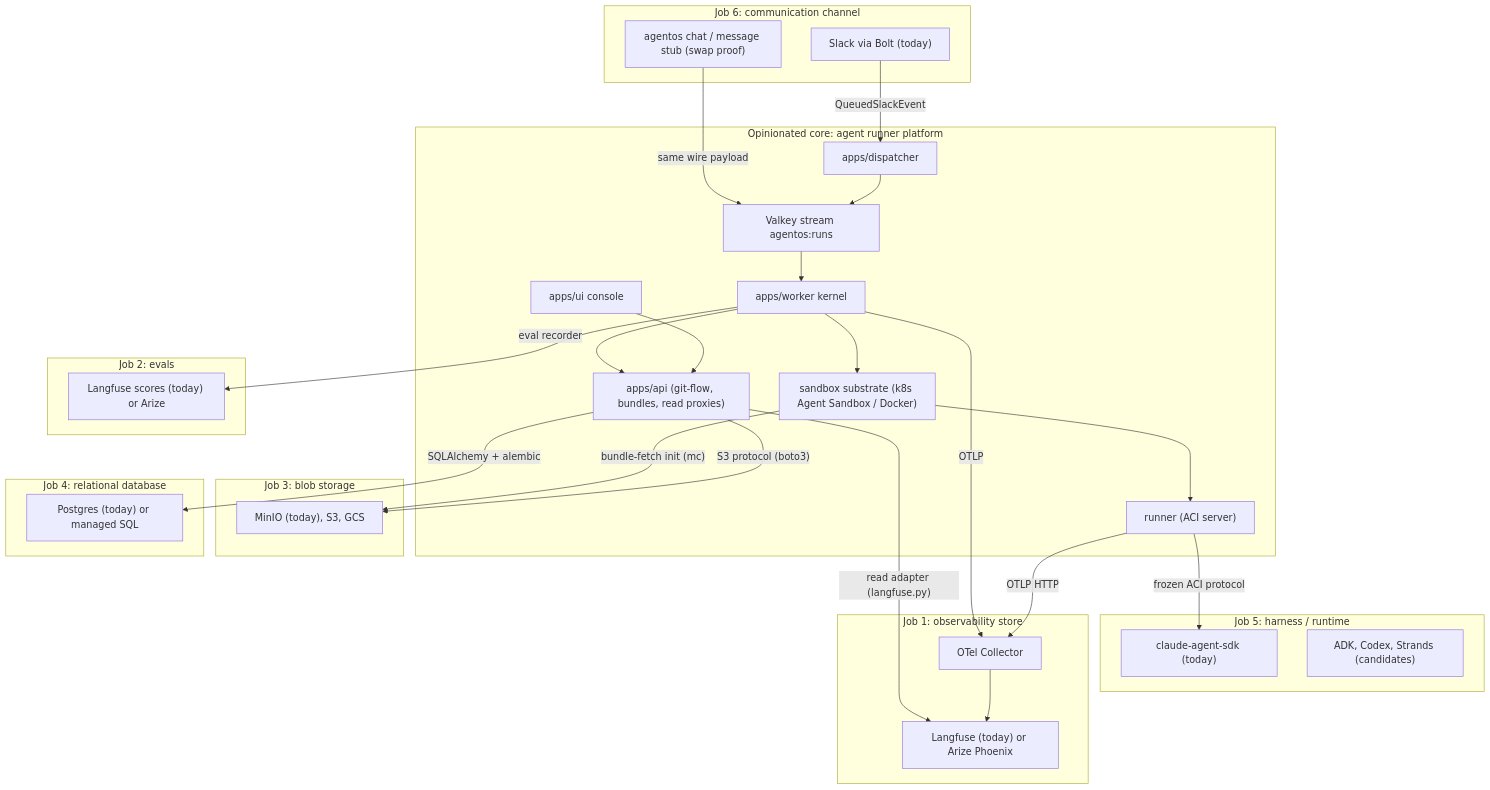
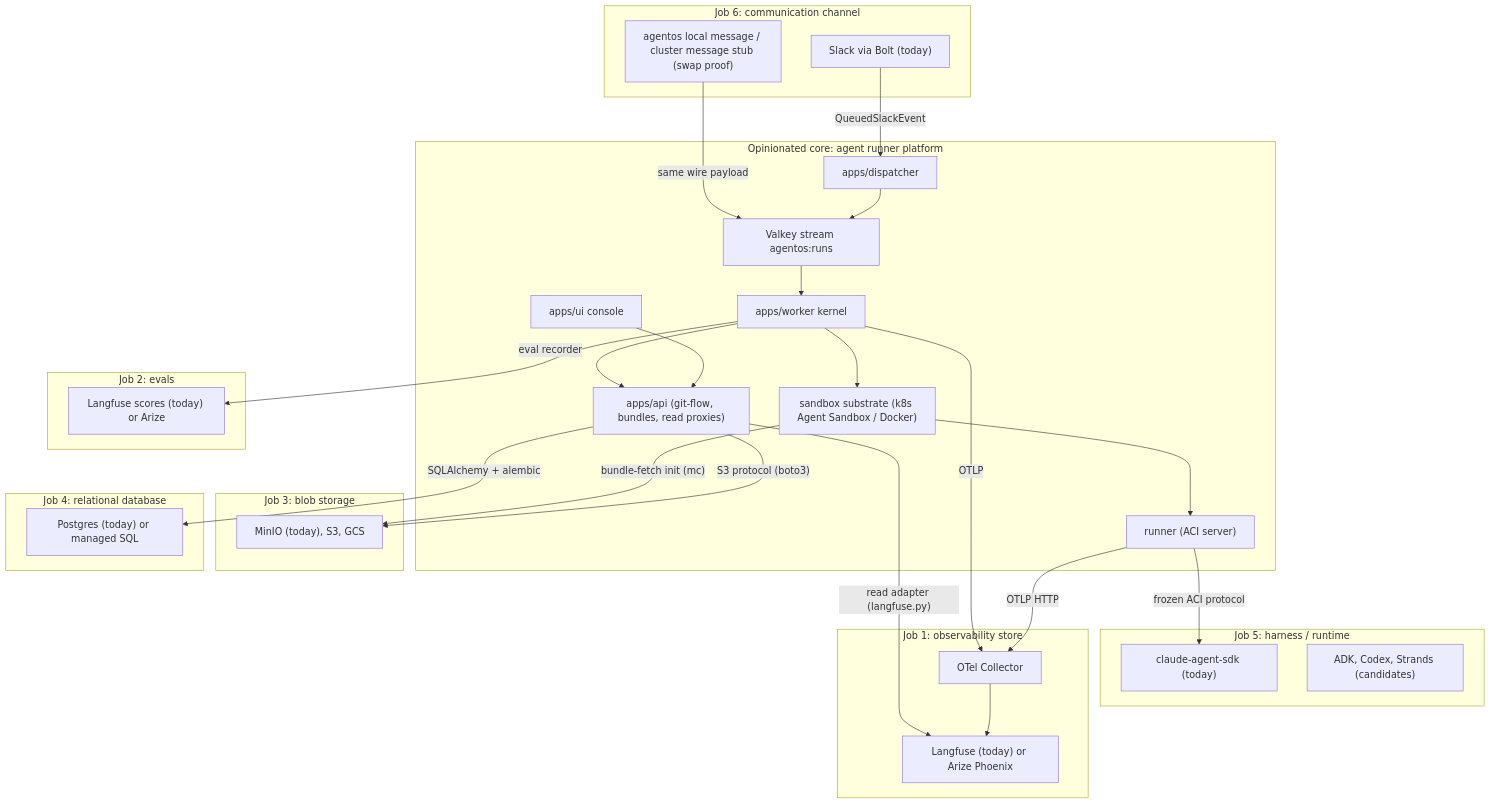
The diagram in docs/architecture-vision.md (coinleftt/curie), drawn with Mermaid before and after one commit. The commit also changed other lines of this file and 31 other files, not shown here.

First line of the commit message:
Unify CLI surface into skill/local/cluster target nouns

````diff
--- a/docs/architecture-vision.md
+++ b/docs/architecture-vision.md
@@ -209,54 +209,54 @@
 ```mermaid
 flowchart TB
     subgraph channel["Job 6: communication channel"]
         Slack["Slack via Bolt (today)"]
-        CLIStub["agentos chat / message stub (swap proof)"]
+        CLIStub["agentos local message / cluster message stub (swap proof)"]
     end
 
     subgraph core["Opinionated core: agent runner platform"]
         Dispatcher["apps/dispatcher"]
         Queue["Valkey stream agentos:runs"]
         Worker["apps/worker kernel"]
         Substrate["sandbox substrate (k8s Agent Sandbox / Docker)"]
         Runner["runner (ACI server)"]
         API["apps/api (git-flow, bundles, read proxies)"]
         UI["apps/ui console"]
         Dispatcher --> Queue --> Worker --> Substrate --> Runner
         UI --> API
         Worker --> API
     end
 
     subgraph harness["Job 5: harness / runtime"]
         SDK["claude-agent-sdk (today)"]
         HarnessAlt["ADK, Codex, Strands (candidates)"]
     end
 
     subgraph obs["Job 1: observability store"]
         Collector["OTel Collector"]
         Langfuse["Langfuse (today) or Arize Phoenix"]
         Collector --> Langfuse
     end
 
     subgraph evals["Job 2: evals"]
         EvalStore["Langfuse scores (today) or Arize"]
     end
 
     subgraph blob["Job 3: blob storage"]
         S3["MinIO (today), S3, GCS"]
     end
 
     subgraph db["Job 4: relational database"]
         PG["Postgres (today) or managed SQL"]
     end
 
     Slack -- "QueuedSlackEvent" --> Dispatcher
     CLIStub -- "same wire payload" --> Queue
     Runner -- "frozen ACI protocol" --> SDK
     Runner -- "OTLP HTTP" --> Collector
     Worker -- "OTLP" --> Collector
     API -- "read adapter (langfuse.py)" --> Langfuse
     Worker -- "eval recorder" --> EvalStore
     API -- "S3 protocol (boto3)" --> S3
     Substrate -- "bundle-fetch init (mc)" --> S3
     API -- "SQLAlchemy + alembic" --> PG
 ```
````
